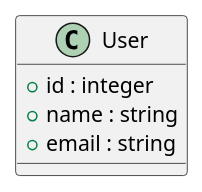
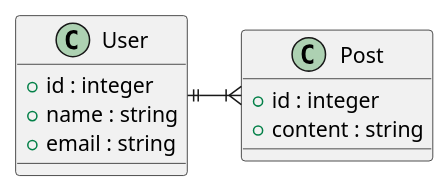
Before and after one commit to jwarner112/ler6tbd-app: the diagram in app/assets/plantuml/datamodel.pu, drawn with PlantUML. The commit also changed 2 other files, not shown here.

```diff
--- a/app/assets/plantuml/datamodel.pu
+++ b/app/assets/plantuml/datamodel.pu
@@ -1,10 +1,15 @@
 @startuml datamodel
 class User {
 + id : integer
 + name : string
 + email : string
 }
 
-' Foo::field1 --> Bar::field3 : foo
-' Foo::field2 --> Bar::field4 : bar
+class Post {
++ id : integer
++ content : string
+}
+
+User ||-|{ Post
+
 @enduml
```
